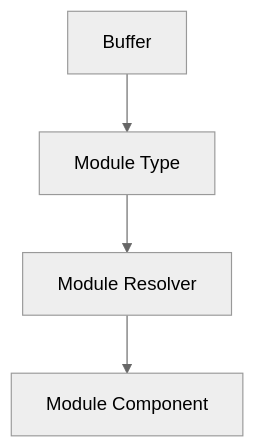
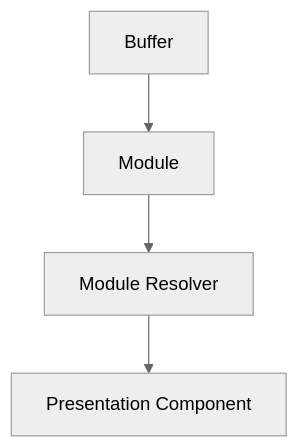
One commit to kjvonly/kjvonly.bible changed the third of 6 diagrams in docs/01_application-architecture/003-runtime-rendering.md. Above: the diagram before and after it, drawn with Mermaid (neutral theme). The commit also changed other lines of this file and 1 other file, not shown here.

````diff
--- a/docs/01_application-architecture/003-runtime-rendering.md
+++ b/docs/01_application-architecture/003-runtime-rendering.md
@@ -557,17 +253,15 @@
 ```mermaid
 flowchart TD
 
     Buffer["Buffer"]
 
-    ModuleType["Module Type"]
+    Module["Module"]
 
     Resolver["Module Resolver"]
 
-    Component["Module Component"]
+    Component["Presentation Component"]
 
-    Buffer --> ModuleType
-
-    ModuleType --> Resolver
-
+    Buffer --> Module
+    Module --> Resolver
     Resolver --> Component
 ```
````
